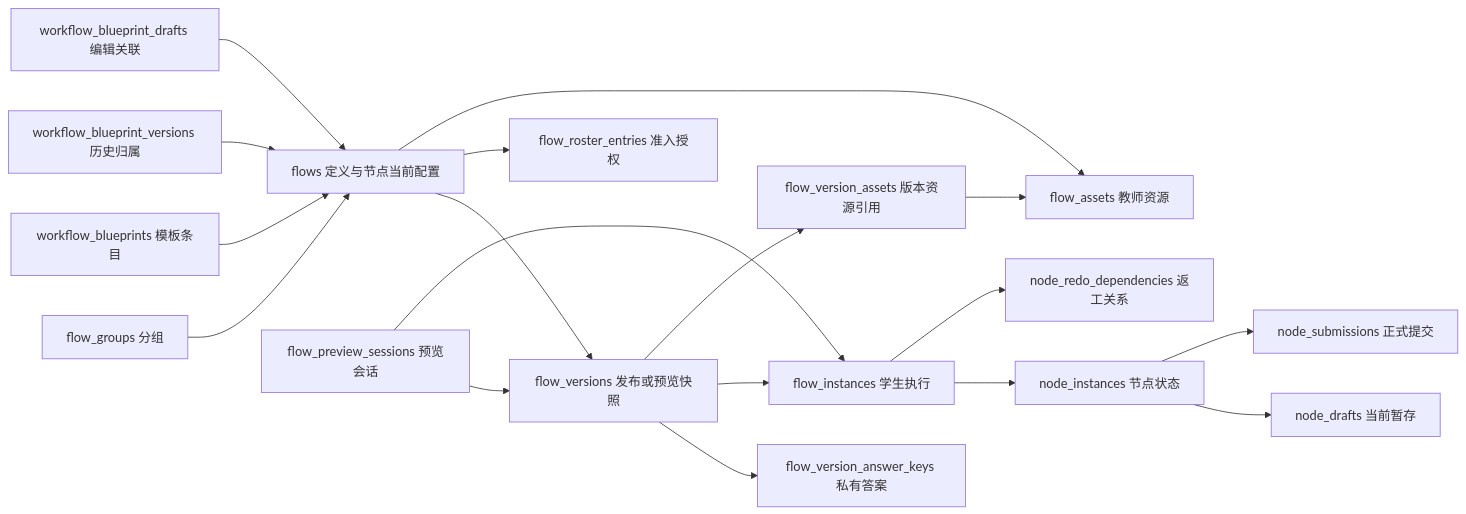
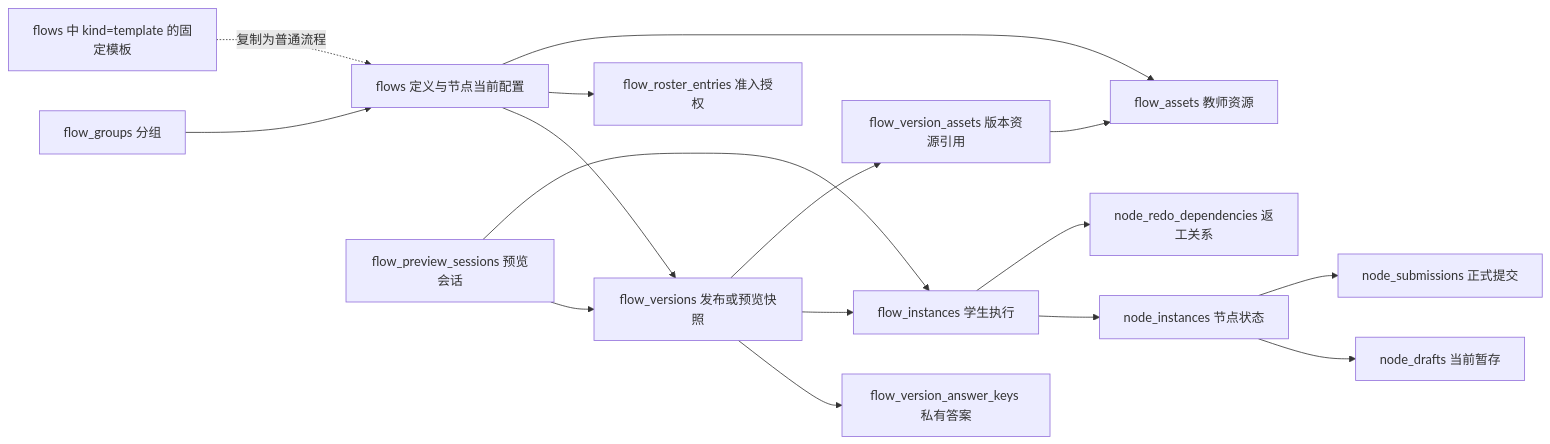
Before and after one commit to layerism/moyin: the diagram in docs/database-table-consolidation-audit.md, drawn with Mermaid. The commit also changed other lines of this file and 23 other files, not shown here.

Commit message:
refactor(db): store immutable workflow templates in flows

````diff
--- a/docs/database-table-consolidation-audit.md
+++ b/docs/database-table-consolidation-audit.md
@@ -64,20 +67,18 @@
 ```mermaid
 flowchart LR
     G[flow_groups 分组] --> F[flows 定义与节点当前配置]
     F --> V[flow_versions 发布或预览快照]
     V --> K[flow_version_answer_keys 私有答案]
     V --> I[flow_instances 学生执行]
     I --> N[node_instances 节点状态]
     N --> D[node_drafts 当前暂存]
     N --> S[node_submissions 正式提交]
     F --> R[flow_roster_entries 准入授权]
     F --> A[flow_assets 教师资源]
     I --> X[node_redo_dependencies 返工关系]
     E[flow_preview_sessions 预览会话] --> V
     E --> I
     V --> VA[flow_version_assets 版本资源引用]
     VA --> A
-    B[workflow_blueprints 模板条目] --> F
-    BV[workflow_blueprint_versions 历史归属] --> F
-    BD[workflow_blueprint_drafts 编辑关联] --> F
+    T[flows 中 kind=template 的固定模板] -. 复制为普通流程 .-> F
 ```
````
